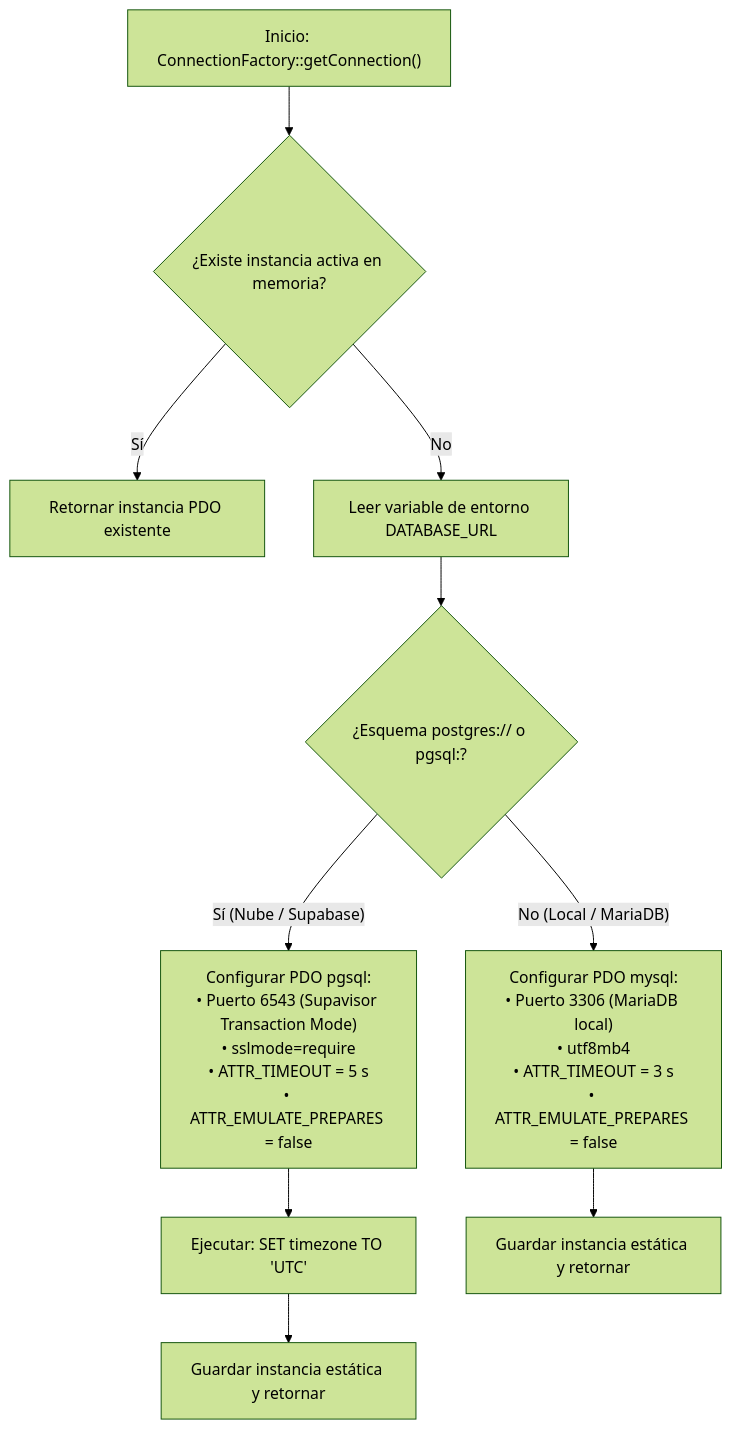
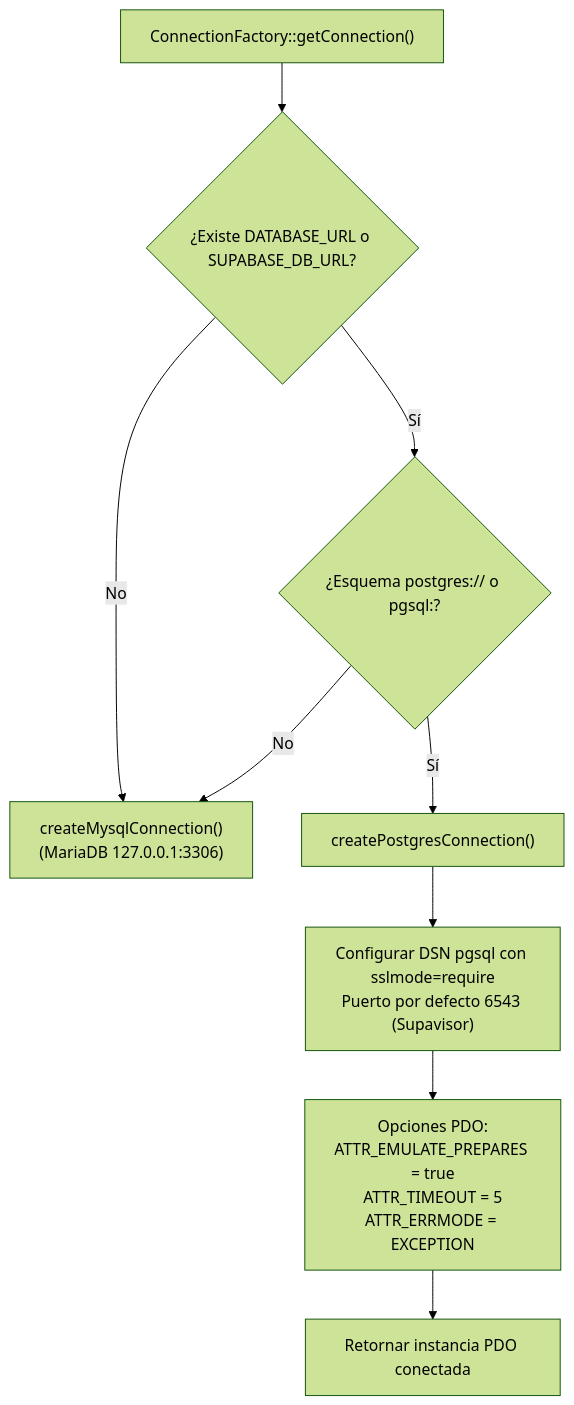
One commit to Rugsoft/VendGuard changed the first of 3 diagrams in specs/12-hybrid-supabase-migration/plan.md. Above: the diagram before and after it, drawn with Mermaid (forest theme). The commit also changed other lines of this file and 2 other files, not shown here.

````diff
--- a/specs/12-hybrid-supabase-migration/plan.md
+++ b/specs/12-hybrid-supabase-migration/plan.md
@@ -143,15 +156,11 @@
 ```mermaid
 flowchart TD
-    Start["Inicio: ConnectionFactory::getConnection()"] --> CheckInstance{"¿Existe instancia activa en memoria?"}
-    CheckInstance -- "Sí" --> ReturnInstance["Retornar instancia PDO existente"]
-    CheckInstance -- "No" --> ReadEnv["Leer variable de entorno DATABASE_URL"]
-    
-    ReadEnv --> ParseScheme{"¿Esquema postgres:// o pgsql:?"}
-    
-    ParseScheme -- "Sí (Nube / Supabase)" --> ConfigPg["Configurar PDO pgsql:<br>• Puerto 6543 (Supavisor Transaction Mode)<br>• sslmode=require<br>• ATTR_TIMEOUT = 5 s<br>• ATTR_EMULATE_PREPARES = false"]
-    ConfigPg --> SetUtc["Ejecutar: SET timezone TO 'UTC'"]
-    SetUtc --> CachePg["Guardar instancia estática y retornar"]
-    
-    ParseScheme -- "No (Local / MariaDB)" --> ConfigMy["Configurar PDO mysql:<br>• Puerto 3306 (MariaDB local)<br>• utf8mb4<br>• ATTR_TIMEOUT = 3 s<br>• ATTR_EMULATE_PREPARES = false"]
-    ConfigMy --> CacheMy["Guardar instancia estática y retornar"]
+    A["ConnectionFactory::getConnection()"] --> B{"¿Existe DATABASE_URL o SUPABASE_DB_URL?"}
+    B -->|No| C["createMysqlConnection()<br>(MariaDB 127.0.0.1:3306)"]
+    B -->|Sí| D{"¿Esquema postgres:// o pgsql:?"}
+    D -->|No| C
+    D -->|Sí| E["createPostgresConnection()"]
+    E --> F["Configurar DSN pgsql con sslmode=require<br>Puerto por defecto 6543 (Supavisor)"]
+    F --> G["Opciones PDO:<br>ATTR_EMULATE_PREPARES = true<br>ATTR_TIMEOUT = 5<br>ATTR_ERRMODE = EXCEPTION"]
+    G --> H["Retornar instancia PDO conectada"]
 ```
````
